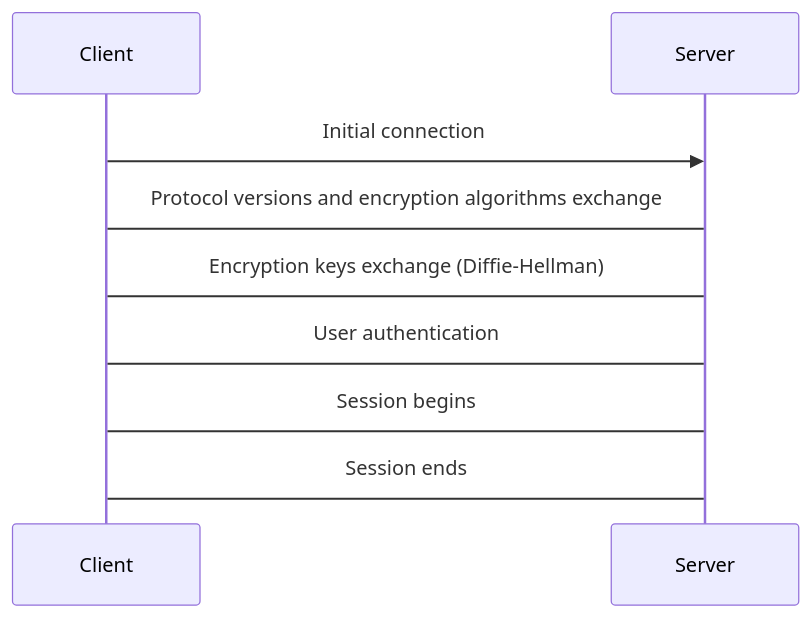
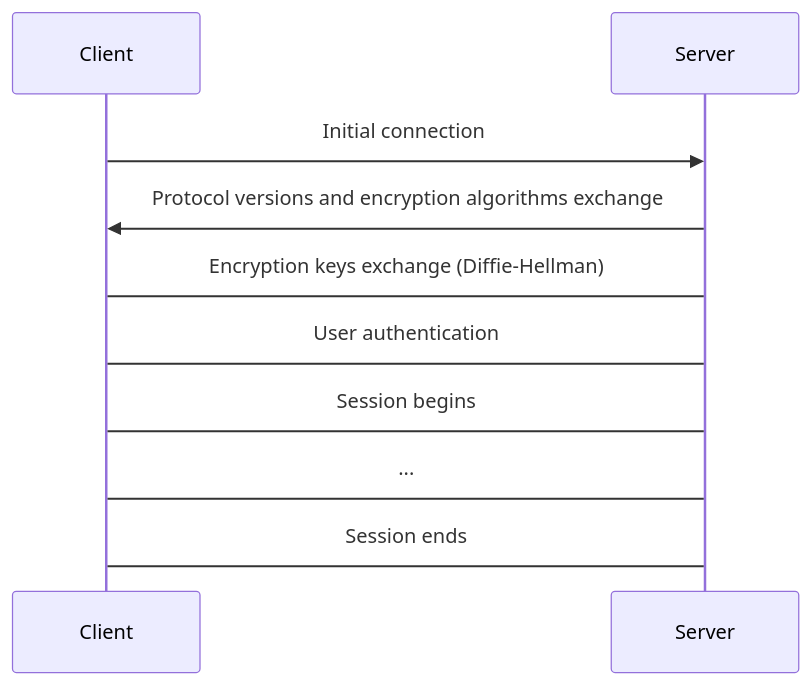
The first of 2 diagrams in slides.md (caarlos0/gophercon-2025), drawn with Mermaid before and after one commit. The commit also changed other lines of this file and 1 other file, not shown here.

````diff
--- a/slides.md
+++ b/slides.md
@@ -310,9 +316,10 @@
 ```mermaid
 sequenceDiagram
     Client->>Server: Initial connection
-    Server->Client: Protocol versions and encryption algorithms exchange
+    Server->>Client: Protocol versions and encryption algorithms exchange
     Server->Client: Encryption keys exchange (Diffie-Hellman)
     Server->Client: User authentication
     Server->Client: Session begins
+    Server->Client: ...
     Server->Client: Session ends
 ```
````
